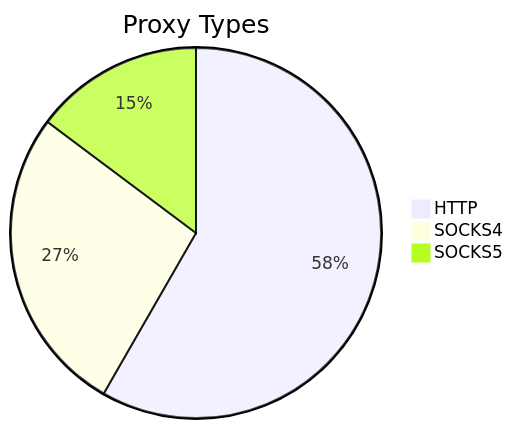
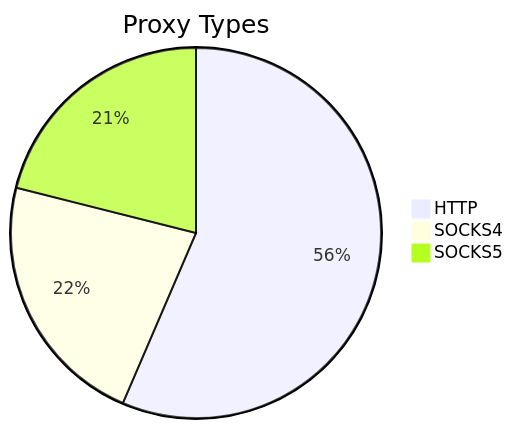
One commit to stormsia/proxy-list changed the first of 2 diagrams in README.md. Above: the diagram before and after it, drawn with Mermaid. The commit also changed other lines of this file, not shown here.

````diff
--- a/README.md
+++ b/README.md
@@ -21,6 +21,6 @@
 ```mermaid
 pie title Proxy Types
-    "HTTP" : 509
-    "SOCKS4" : 235
-    "SOCKS5" : 129
+    "HTTP" : 284
+    "SOCKS4" : 113
+    "SOCKS5" : 106
 ```
````
